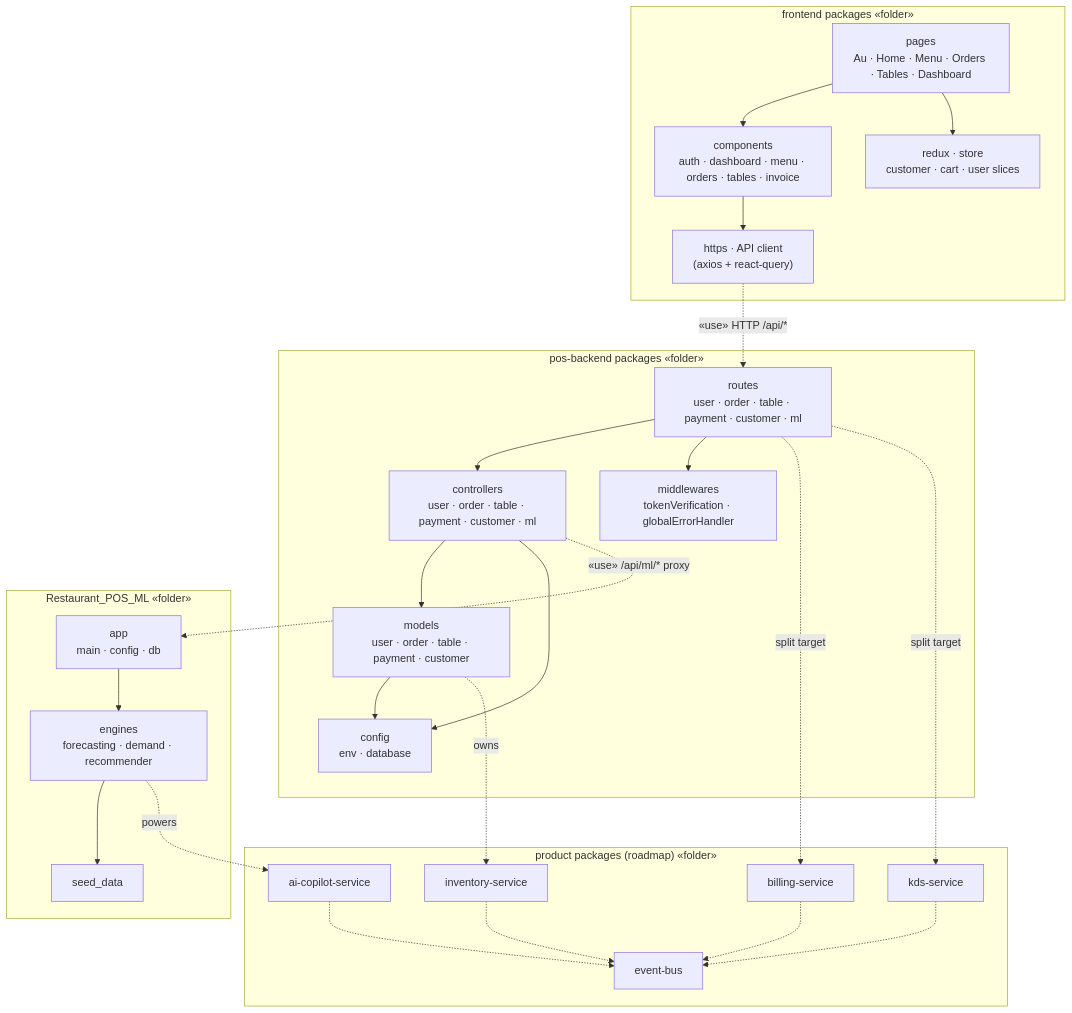
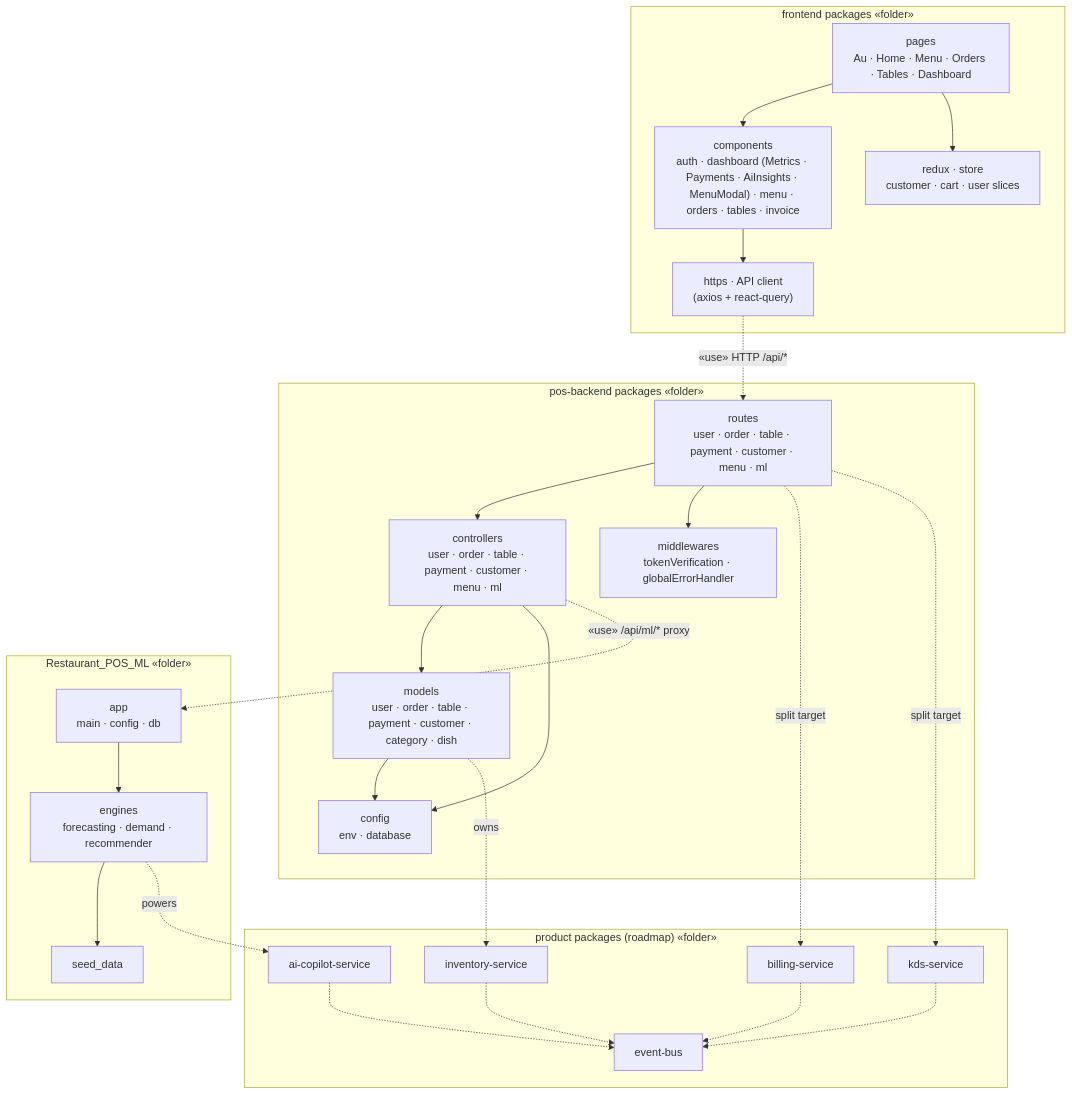
One commit to Lucifer-Newstar/DigiCraveOS changed diagram 12 of 20 in digicrave-architecture/ARCHITECTURE-AND-UML.md. Above: the diagram before and after it, drawn with Mermaid. The commit also changed other lines of this file, not shown here.

First line of the commit message:
docs(uml-sync): update diagrams to reflect built menu mgmt, payments tab, category/dish models & metrics charts

````diff
--- a/digicrave-architecture/ARCHITECTURE-AND-UML.md
+++ b/digicrave-architecture/ARCHITECTURE-AND-UML.md
@@ -855,54 +871,54 @@
 ```mermaid
 %% U07 — PACKAGE DIAGRAM (UML 2.5 · Structural)
 %% Namespace organisation + package dependencies («use» = dashed open arrow).
 %% Mirrors the repository today and its target split.
 flowchart TB
     subgraph UI["frontend packages «folder»"]
         PAGES["pages<br>Au · Home · Menu · Orders · Tables · Dashboard"]
-        COMPS["components<br>auth · dashboard · menu · orders · tables · invoice"]
+        COMPS["components<br>auth · dashboard (Metrics · Payments · AiInsights · MenuModal) · menu · orders · tables · invoice"]
         STORE["redux · store<br>customer · cart · user slices"]
         NET["https · API client<br>(axios + react-query)"]
     end
 
     subgraph CORE["pos-backend packages «folder»"]
-        ROUTES["routes<br>user · order · table · payment · customer · ml"]
-        CTRL["controllers<br>user · order · table · payment · customer · ml"]
+        ROUTES["routes<br>user · order · table · payment · customer · menu · ml"]
+        CTRL["controllers<br>user · order · table · payment · customer · menu · ml"]
         MIDW["middlewares<br>tokenVerification · globalErrorHandler"]
-        MODELS["models<br>user · order · table · payment · customer"]
+        MODELS["models<br>user · order · table · payment · customer · category · dish"]
         CONFIG["config<br>env · database"]
     end
 
     subgraph MLSVC["Restaurant_POS_ML «folder»"]
         APP["app<br>main · config · db"]
         ENG["engines<br>forecasting · demand · recommender"]
         SEED["seed_data"]
     end
 
     subgraph FUTURE["product packages (roadmap) «folder»"]
         KDSPKG["kds-service"]
         INVPKG["inventory-service"]
         BILLPKG["billing-service"]
         COPILOT["ai-copilot-service"]
         EVENTS["event-bus"]
     end
 
     PAGES --> COMPS
     PAGES --> STORE
     COMPS --> NET
     NET -.->|"«use» HTTP /api/*"| ROUTES
     ROUTES --> CTRL
     ROUTES --> MIDW
     CTRL --> MODELS
     CTRL --> CONFIG
     MODELS --> CONFIG
     CTRL -.->|"«use» /api/ml/* proxy"| APP
     APP --> ENG
     ENG --> SEED
 
     ROUTES -.->|"split target"| BILLPKG
     ROUTES -.->|"split target"| KDSPKG
     MODELS -.->|"owns"| INVPKG
     ENG -.->|"powers"| COPILOT
     BILLPKG & KDSPKG & INVPKG -.-> EVENTS
     COPILOT -.-> EVENTS
 ```
````
